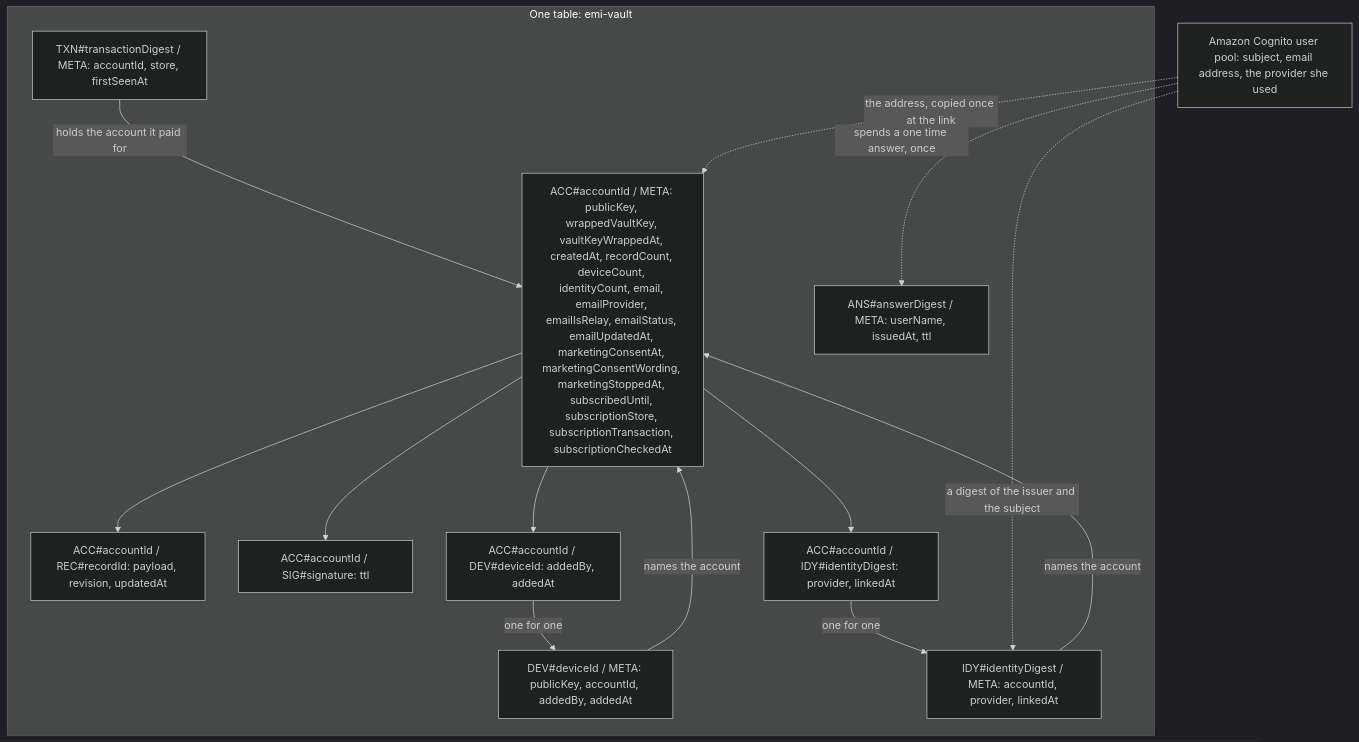
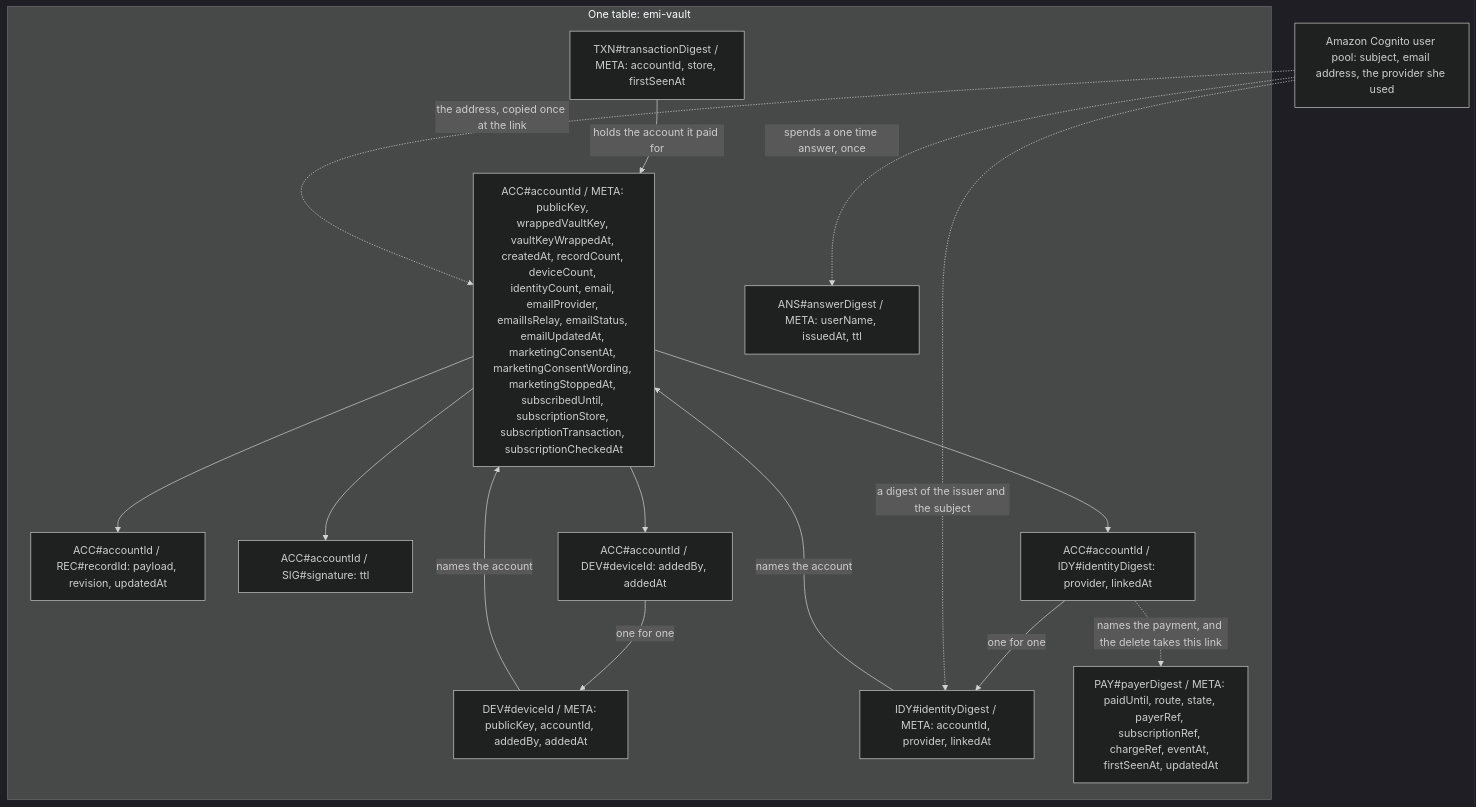
Before and after one commit to atlantic-blue/emi: the first of 4 diagrams in docs/design/data-model.md, drawn with Mermaid (dark theme). The commit also changed other lines of this file and 12 other files, not shown here.

````diff
--- a/docs/design/data-model.md
+++ b/docs/design/data-model.md
@@ -30,27 +30,29 @@
 ```mermaid
 flowchart TD
   subgraph Table["One table: emi-vault"]
     ACC["ACC#accountId / META: publicKey, wrappedVaultKey, vaultKeyWrappedAt, createdAt, recordCount, deviceCount, identityCount, email, emailProvider, emailIsRelay, emailStatus, emailUpdatedAt, marketingConsentAt, marketingConsentWording, marketingStoppedAt, subscribedUntil, subscriptionStore, subscriptionTransaction, subscriptionCheckedAt"]
     REC["ACC#accountId / REC#recordId: payload, revision, updatedAt"]
     SIG["ACC#accountId / SIG#signature: ttl"]
     ADEV["ACC#accountId / DEV#deviceId: addedBy, addedAt"]
     AIDY["ACC#accountId / IDY#identityDigest: provider, linkedAt"]
     DEV["DEV#deviceId / META: publicKey, accountId, addedBy, addedAt"]
     IDY["IDY#identityDigest / META: accountId, provider, linkedAt"]
     TXN["TXN#transactionDigest / META: accountId, store, firstSeenAt"]
     ANS["ANS#answerDigest / META: userName, issuedAt, ttl"]
+    PAY["PAY#payerDigest / META: paidUntil, route, state, payerRef, subscriptionRef, chargeRef, eventAt, firstSeenAt, updatedAt"]
   end
   POOL["Amazon Cognito user pool: subject, email address, the provider she used"]
   ACC --> REC
   ACC --> SIG
   ACC --> ADEV
   ACC --> AIDY
   DEV -->|"names the account"| ACC
   IDY -->|"names the account"| ACC
   TXN -->|"holds the account it paid for"| ACC
   ADEV -->|"one for one"| DEV
   AIDY -->|"one for one"| IDY
   POOL -.->|"a digest of the issuer and the subject"| IDY
   POOL -.->|"the address, copied once at the link"| ACC
   POOL -.->|"spends a one time answer, once"| ANS
+  AIDY -.->|"names the payment, and the delete takes this link"| PAY
 ```
````
